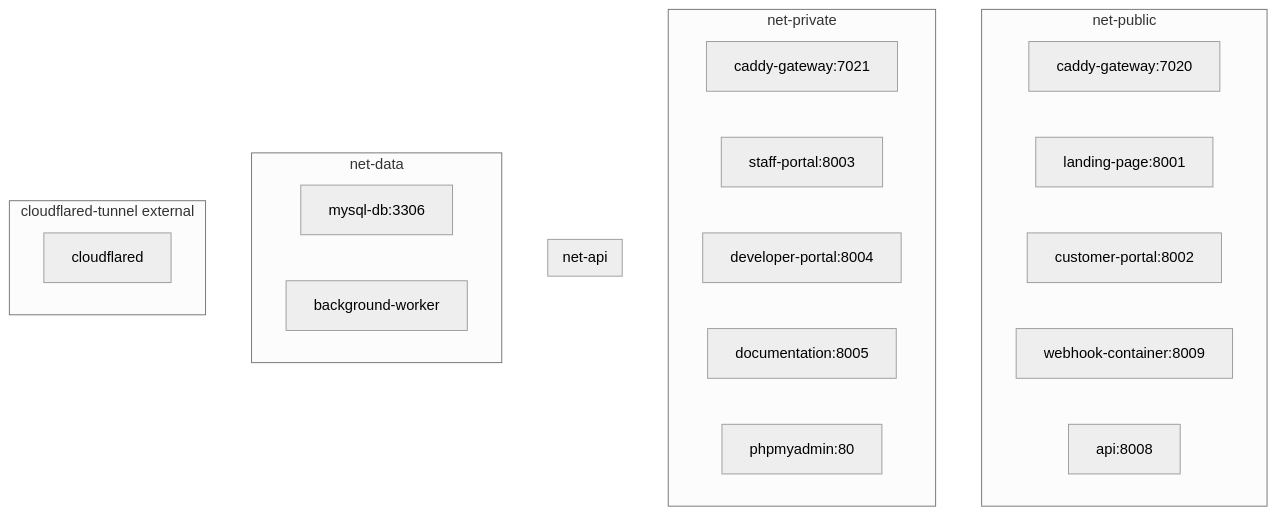
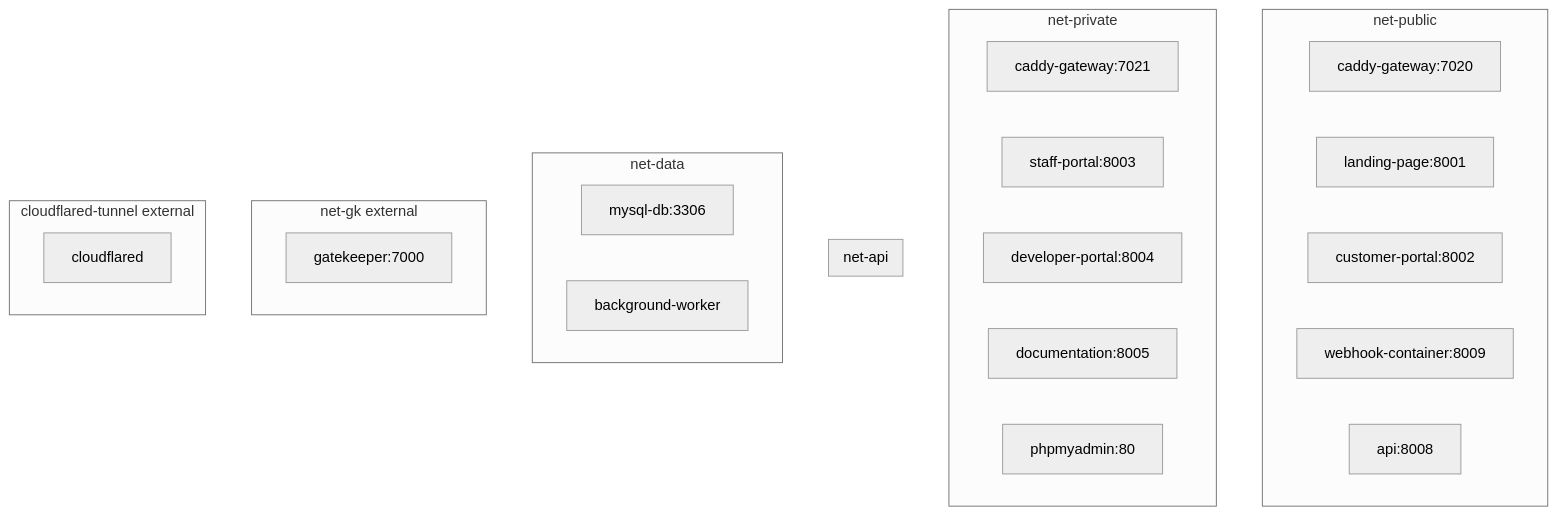
Before and after one commit to NovaProtocol/WaterBillingSystem: the diagram in documentation/docs/bill-server/deployment.md, drawn with Mermaid (neutral theme). The commit also changed other lines of this file and 9 other files, not shown here.

````diff
--- a/documentation/docs/bill-server/deployment.md
+++ b/documentation/docs/bill-server/deployment.md
@@ -42,39 +42,48 @@
 ```mermaid
 graph TB
     subgraph "net-public"
         C1[caddy-gateway:7020]
         LP[landing-page:8001]
         CP[customer-portal:8002]
         WH[webhook-container:8009]
         API[api:8008]
     end
 
     subgraph "net-private"
         C2[caddy-gateway:7021]
         SP[staff-portal:8003]
         DP[developer-portal:8004]
         DOC[documentation:8005]
         PMA[phpmyadmin:80]
     end
 
     subgraph "net-api"
         CP
         SP
         DP
         WH
         API
     end
 
     subgraph "net-data"
         DB[mysql-db:3306]
         API
         WORKER[background-worker]
         PMA
     end
 
+    subgraph "net-gk external"
+        LP
+        CP
+        SP
+        DP
+        DOC
+        GK[gatekeeper:7000]
+    end
+
     subgraph "cloudflared-tunnel external"
         C1
         C2
         CF[cloudflared]
     end
 ```
````
